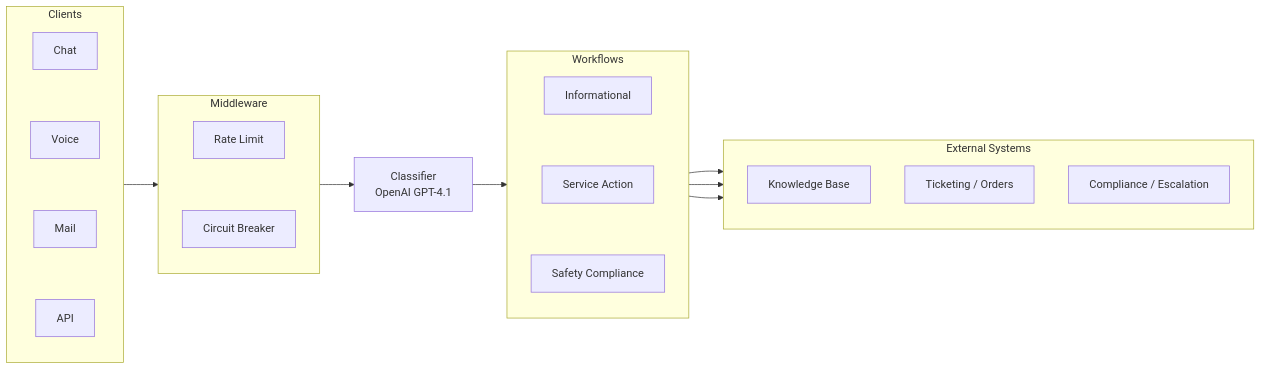
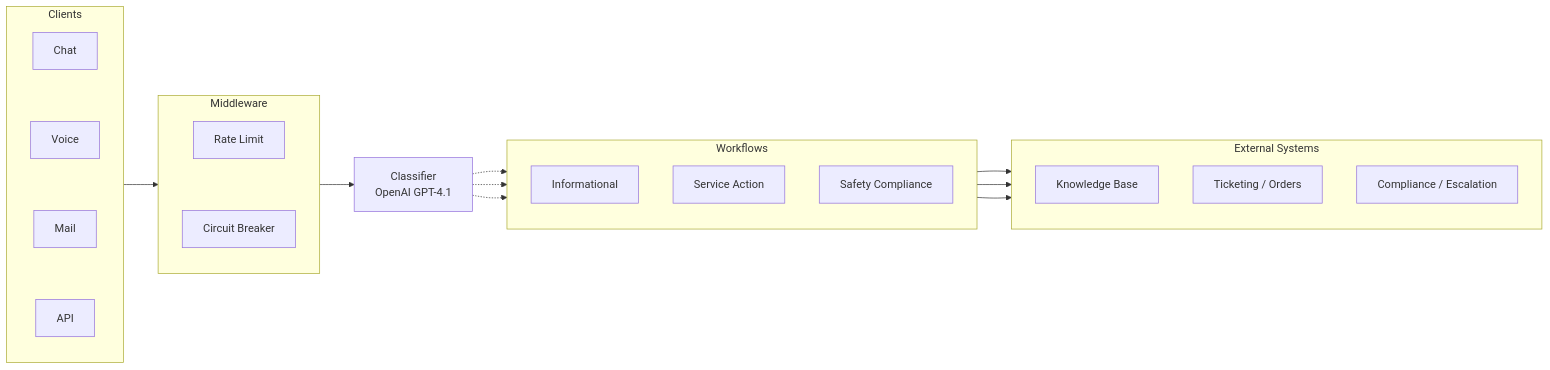
The first of 3 diagrams in docs/architecture.md (kvasilopoulos/contact-center), drawn with Mermaid before and after one commit. The commit also changed 1 other file, not shown here.

Commit message:
refactor(docs): update architecture and solution design documentation
- Enhanced the architecture diagram for clarity by separating components and adding relationships.
- Converted state machine representation in solution design to a mermaid diagram for better visualization and understanding.

````diff
--- a/docs/architecture.md
+++ b/docs/architecture.md
@@ -11,31 +11,36 @@
 ```mermaid
 graph LR
     subgraph Clients["Clients"]
         direction TB
         C1[Chat] ~~~ C2[Voice] ~~~ C3[Mail] ~~~ C4[API]
     end
 
     subgraph Middleware["Middleware"]
         direction TB
         RL[Rate Limit] ~~~ CB[Circuit Breaker]
     end
 
     Classifier[Classifier<br/>OpenAI GPT-4.1]
 
     subgraph Workflows["Workflows"]
         direction TB
-        Info[Informational] ~~~ Svc[Service Action] ~~~ Safety[Safety Compliance]
+        Info[Informational]
+        Svc[Service Action]
+        Safety[Safety Compliance]
     end
 
     subgraph External["External Systems"]
         direction TB
         KB[Knowledge Base]
         Ticketing[Ticketing / Orders]
         Compliance[Compliance / Escalation]
     end
 
-    Clients --> Middleware --> Classifier --> Workflows
+    Clients --> Middleware --> Classifier
+    Classifier -.-> Info
+    Classifier -.-> Svc
+    Classifier -.-> Safety
     Info --> KB
     Svc --> Ticketing
     Safety --> Compliance
 ```
````
